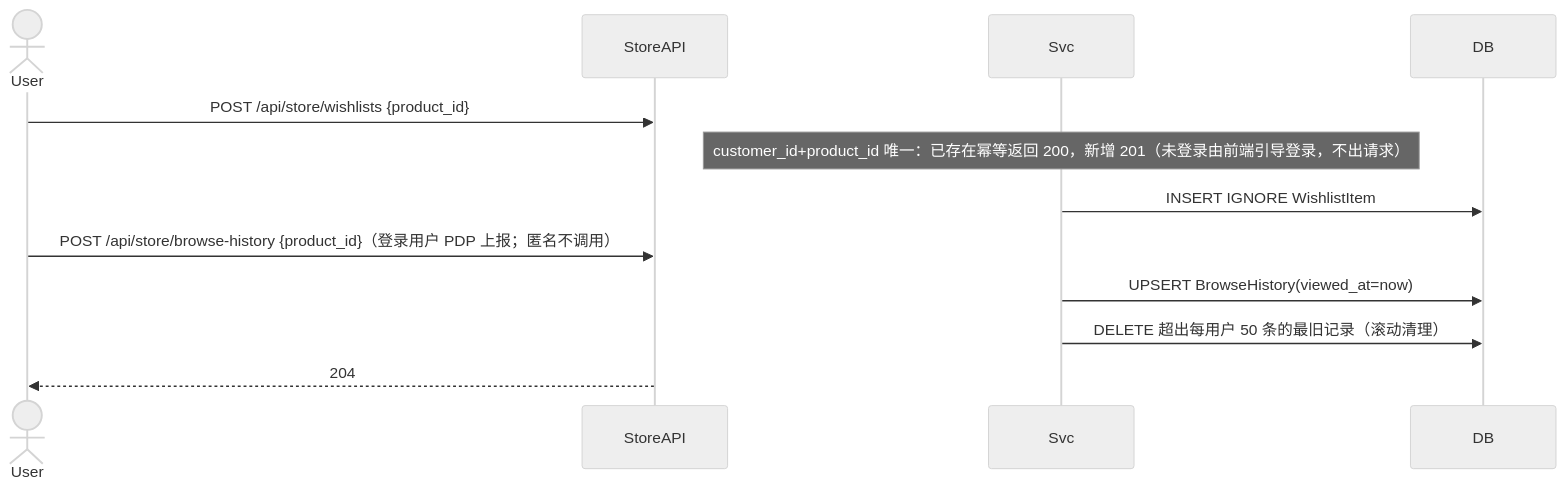
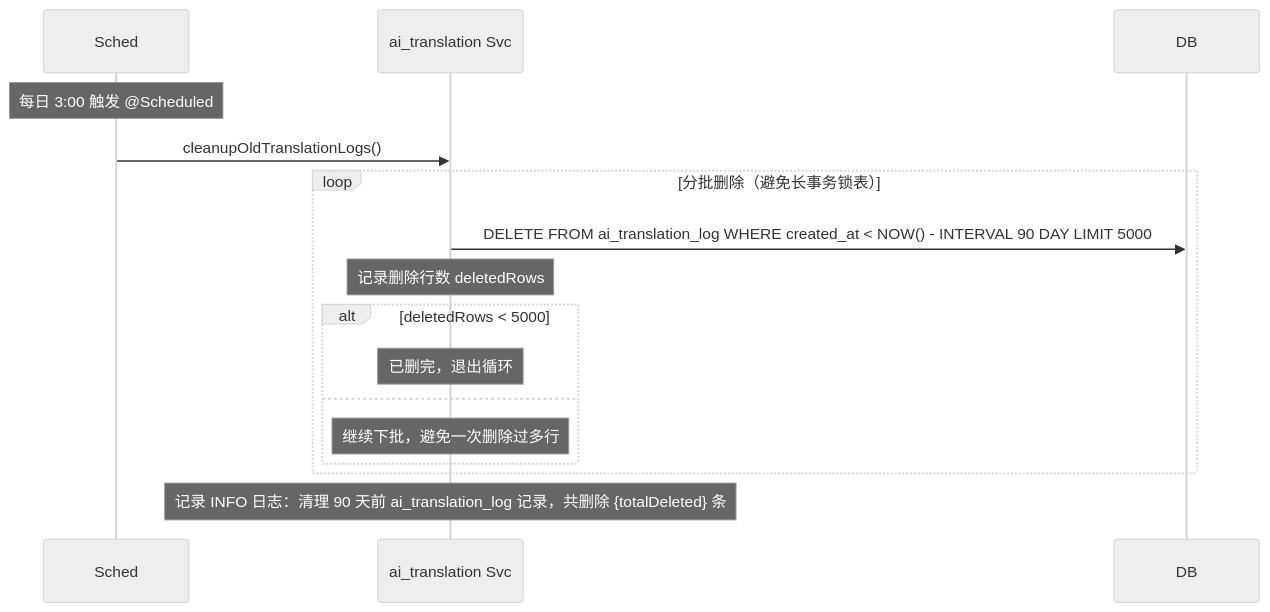
Before and after one commit to hptec/dreamy: the sixth of 9 diagrams in hhspec/specs/architecture/data-flow.md, drawn with Mermaid (neutral theme). The commit also changed other lines of this file and 249 other files, not shown here.

````diff
--- a/hhspec/specs/architecture/data-flow.md
+++ b/hhspec/specs/architecture/data-flow.md
@@ -501,16 +322,21 @@
 ```mermaid
 sequenceDiagram
-    actor User
-    participant StoreAPI
-    participant Svc
+    participant Sched
+    participant Svc as ai_translation Svc
     participant DB
 
-    User->>StoreAPI: POST /api/store/wishlists {product_id}
-    Note over Svc: customer_id+product_id 唯一：已存在幂等返回 200，新增 201（未登录由前端引导登录，不出请求）
-    Svc->>DB: INSERT IGNORE WishlistItem
-
-    User->>StoreAPI: POST /api/store/browse-history {product_id}（登录用户 PDP 上报；匿名不调用）
-    Svc->>DB: UPSERT BrowseHistory(viewed_at=now)
-    Svc->>DB: DELETE 超出每用户 50 条的最旧记录（滚动清理）
-    StoreAPI-->>User: 204
+    Note over Sched: 每日 3:00 触发 @Scheduled
+    Sched->>Svc: cleanupOldTranslationLogs()
+    
+    loop 分批删除（避免长事务锁表）
+        Svc->>DB: DELETE FROM ai_translation_log WHERE created_at < NOW() - INTERVAL 90 DAY LIMIT 5000
+        Note over Svc: 记录删除行数 deletedRows
+        alt deletedRows < 5000
+            Note over Svc: 已删完，退出循环
+        else
+            Note over Svc: 继续下批，避免一次删除过多行
+        end
+    end
+    
+    Note over Svc: 记录 INFO 日志：清理 90 天前 ai_translation_log 记录，共删除 {totalDeleted} 条
 ```
````
